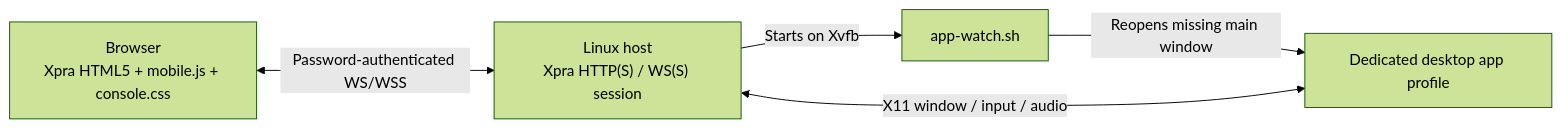
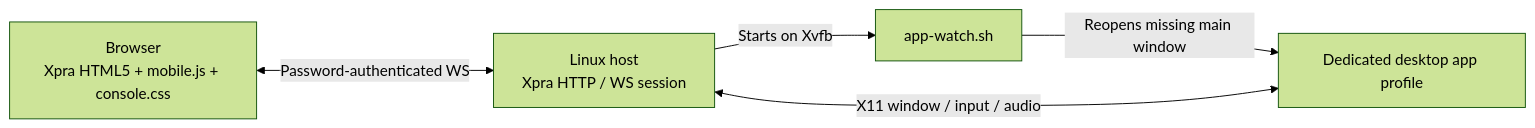
Before and after one commit to shenmuegit/codex-console: the diagram in docs/development.md, drawn with Mermaid (forest theme). The commit also changed other lines of this file and 6 other files, not shown here.

````diff
--- a/docs/development.md
+++ b/docs/development.md
@@ -7,11 +7,11 @@
 ```mermaid
 flowchart LR
     Browser["Browser<br/>Xpra HTML5 + mobile.js + console.css"]
-    Server["Linux host<br/>Xpra HTTP(S) / WS(S) session"]
+    Server["Linux host<br/>Xpra HTTP / WS session"]
     Watch["app-watch.sh"]
     App["Dedicated desktop app profile"]
-    Browser <-->|"Password-authenticated WS/WSS"| Server
+    Browser <-->|"Password-authenticated WS"| Server
     Server -->|"Starts on Xvfb"| Watch
     Watch -->|"Reopens missing main window"| App
     Server <-->|"X11 window / input / audio"| App
 ```
````
